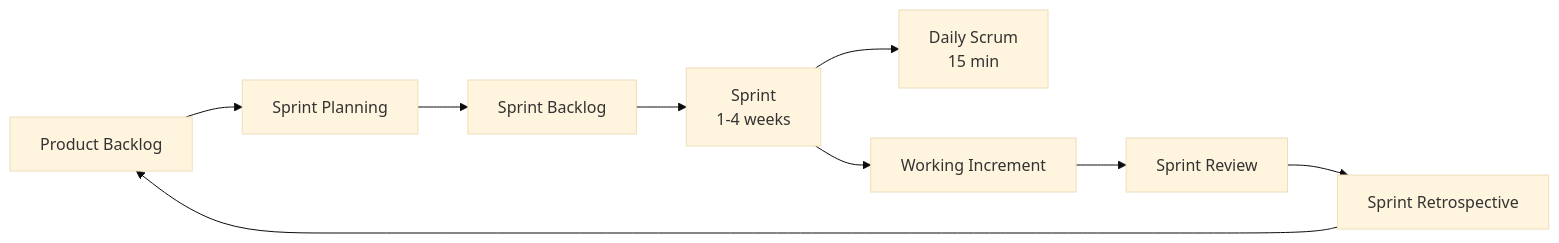
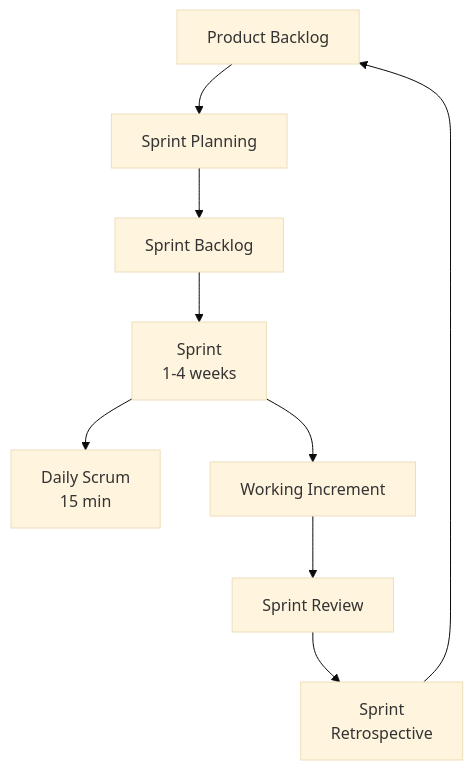
Before and after one commit to amitdevx/TY: the third of 4 diagrams in 02-Semester-VI/CS-371-VSC-P-Agile-Processes/Unit-1.md, drawn with Mermaid (base theme). The commit also changed other lines of this file and 65 other files, not shown here.

Commit message:
fix:graph vertical

````diff
--- a/02-Semester-VI/CS-371-VSC-P-Agile-Processes/Unit-1.md
+++ b/02-Semester-VI/CS-371-VSC-P-Agile-Processes/Unit-1.md
@@ -146,11 +146,11 @@
 ```mermaid
-graph LR
+graph TD
     PB[Product Backlog] --> SP[Sprint Planning]
     SP --> SB[Sprint Backlog]
     SB --> S[Sprint<br/>1-4 weeks]
     S --> DSU[Daily Scrum<br/>15 min]
     S --> INC[Working Increment]
     INC --> SR[Sprint Review]
-    SR --> RETRO[Sprint Retrospective]
+    SR --> RETRO[Sprint<br/>Retrospective]
     RETRO --> PB
 ```
````
